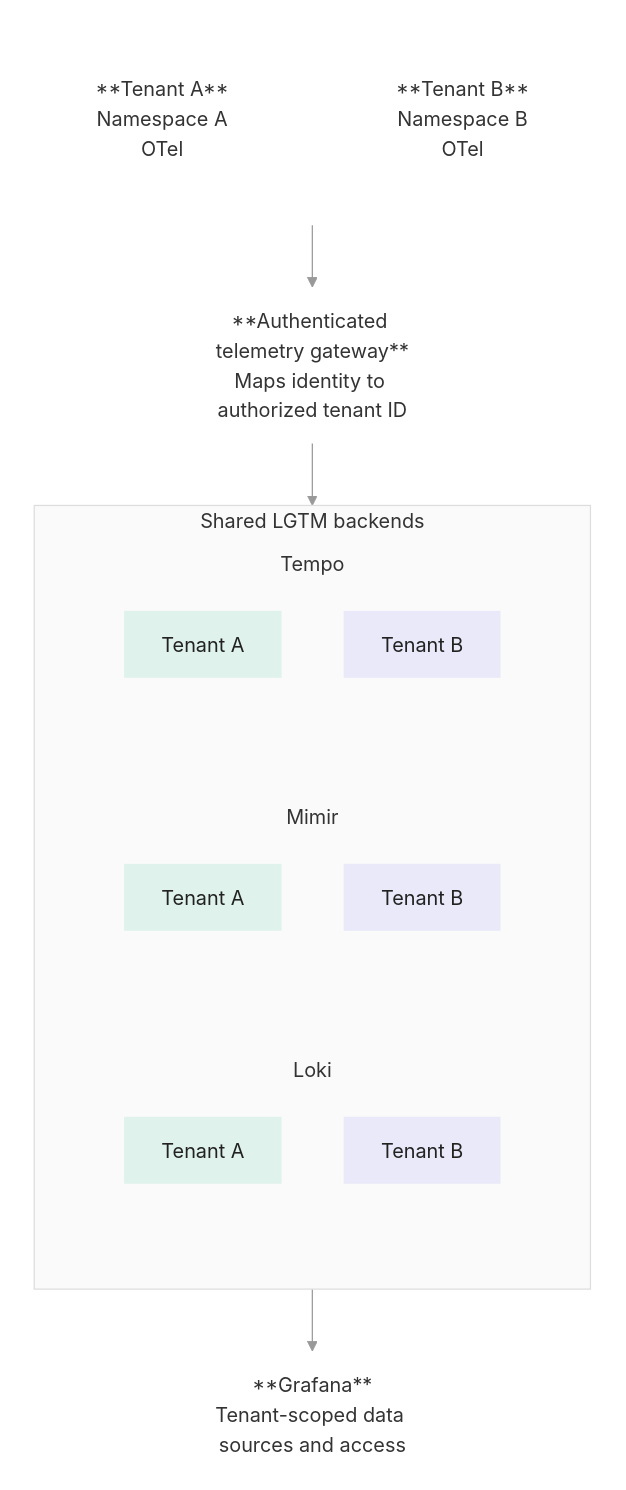
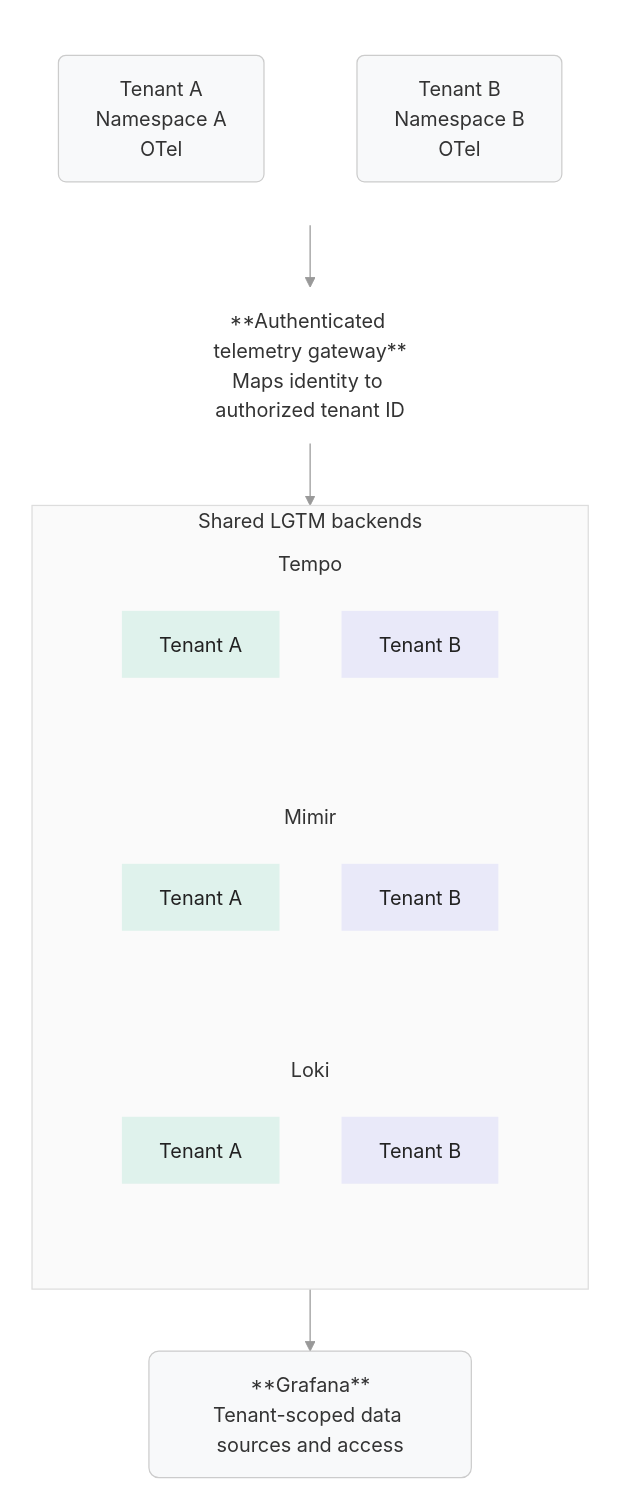
Before and after one commit to rezakaramad/kubepave: the second of 2 diagrams in charts/lgtm-grafana/TENANCY.md, drawn with Mermaid. The commit also changed other lines of this file, not shown here.

Commit message:
docs: update diagram

````diff
--- a/charts/lgtm-grafana/TENANCY.md
+++ b/charts/lgtm-grafana/TENANCY.md
@@ -161,59 +166,59 @@
 ```mermaid
 flowchart TB
     subgraph Tenants[" "]
         direction LR
-        A["**Tenant A**<br/>Namespace A<br/>OTel"]
-        B["**Tenant B**<br/>Namespace B<br/>OTel"]
+        A["Tenant A<br/>Namespace A<br/>OTel"]
+        B["Tenant B<br/>Namespace B<br/>OTel"]
         A ~~~ B
     end
 
     Gateway["**Authenticated telemetry gateway**<br/>Maps identity to authorized tenant ID"]
 
     subgraph LGTM["Shared LGTM backends"]
         direction LR
 
         subgraph Loki["Loki"]
             direction TB
             LA["Tenant A"]
             LB["Tenant B"]
         end
 
         subgraph Mimir["Mimir"]
             direction TB
             MA["Tenant A"]
             MB["Tenant B"]
         end
 
         subgraph Tempo["Tempo"]
             direction TB
             TA["Tenant A"]
             TB2["Tenant B"]
         end
     end
 
     Grafana["**Grafana**<br/>Tenant-scoped data sources and access"]
 
     Tenants --> Gateway
     Gateway --> LGTM
     LGTM --> Grafana
 
     style Tenants fill:none,stroke:none
-    style A fill:none,stroke:none
-    style B fill:none,stroke:none
+    style A fill:#f8f9fa,stroke:#ccc,stroke-width:1px,rx:6,ry:6
+    style B fill:#f8f9fa,stroke:#ccc,stroke-width:1px,rx:6,ry:6
     style Gateway fill:none,stroke:none
     style LGTM fill:#fafafa,stroke:#ddd,stroke-width:1px
-    style Grafana fill:none,stroke:none
+    style Grafana fill:#f8f9fa,stroke:#ccc,stroke-width:1px,rx:8,ry:8
 
     style Loki fill:none,stroke:none
     style Mimir fill:none,stroke:none
     style Tempo fill:none,stroke:none
 
     classDef tenantA fill:#dff2ec,stroke:none,color:#222
     classDef tenantB fill:#e9e9f9,stroke:none,color:#222
 
     class LA,MA,TA tenantA
     class LB,MB,TB2 tenantB
 
     linkStyle 0 stroke:transparent,stroke-width:0px
     linkStyle 1,2,3 stroke:#999,stroke-width:1px
 ```
````
